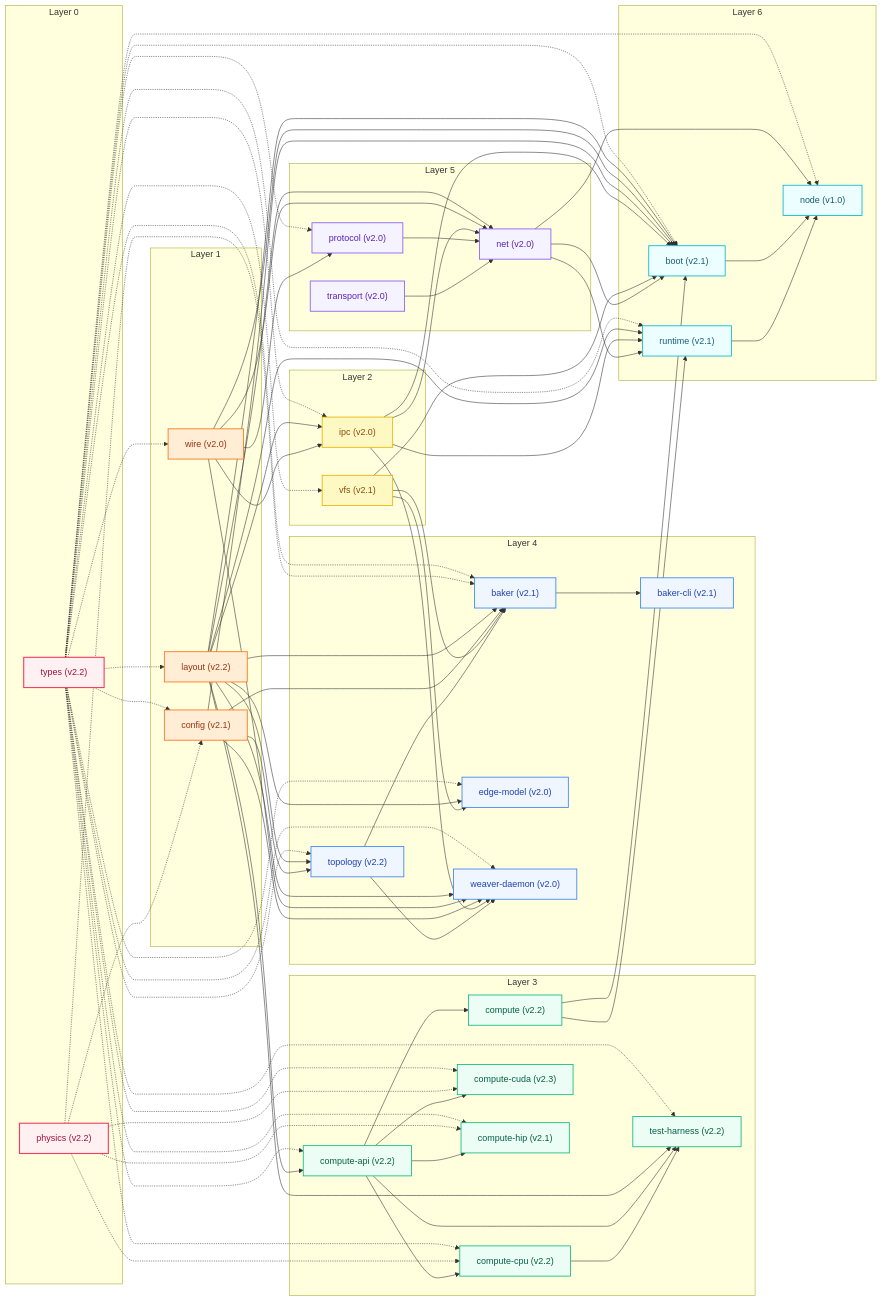
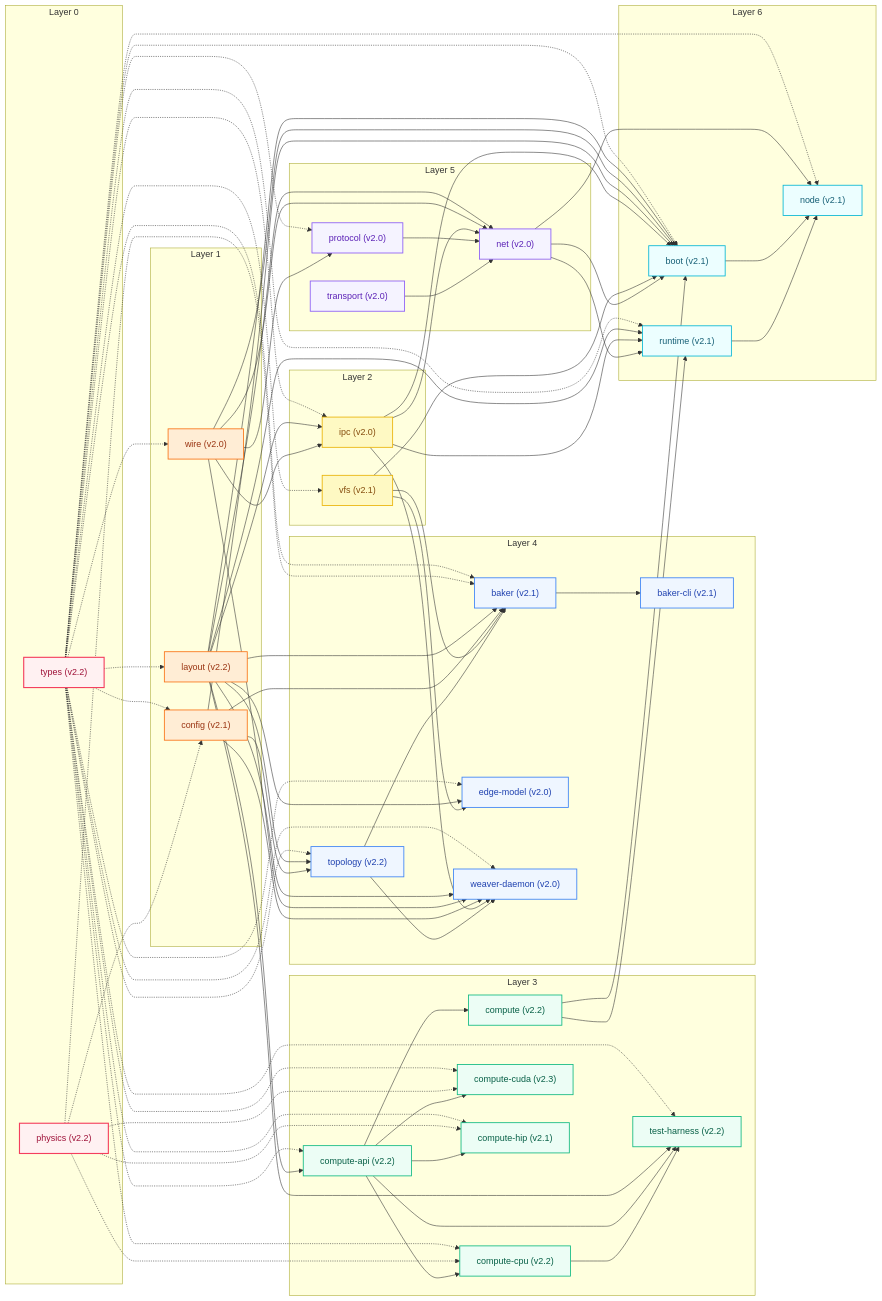
One commit to H4V1K-dev/axicor_enterprise changed the diagram in docs/engine/INDEX.md. Above: the diagram before and after it, drawn with Mermaid. The commit also changed other lines of this file and 2 other files, not shown here.

Commit message:
docs: add engine documentation for index, review, and node specification

````diff
--- a/docs/engine/INDEX.md
+++ b/docs/engine/INDEX.md
@@ -9,80 +9,80 @@
 ```mermaid
 graph LR
     %% Стильные современные цвета для слоев
     classDef layer0 fill:#fff1f2,stroke:#f43f5e,stroke-width:2px,color:#9f1239;
     classDef layer1 fill:#ffedd5,stroke:#f97316,stroke-width:1.5px,color:#9a3412;
     classDef layer2 fill:#fef9c3,stroke:#eab308,stroke-width:1.5px,color:#854d0e;
     classDef layer3 fill:#ecfdf5,stroke:#10b981,stroke-width:1.5px,color:#065f46;
     classDef layer4 fill:#eff6ff,stroke:#3b82f6,stroke-width:1.5px,color:#1e40af;
     classDef layer5 fill:#f5f3ff,stroke:#8b5cf6,stroke-width:1.5px,color:#5b21b6;
     classDef layer6 fill:#ecfeff,stroke:#06b6d4,stroke-width:1.5px,color:#155e75;
 
     subgraph L0["Layer 0"]
         types["types (v2.2)"]
         physics["physics (v2.2)"]
     end
     subgraph L1["Layer 1"]
         layout["layout (v2.2)"]
         config["config (v2.1)"]
         wire["wire (v2.0)"]
     end
     subgraph L2["Layer 2"]
         ipc["ipc (v2.0)"]
         vfs["vfs (v2.1)"]
     end
     subgraph L3["Layer 3"]
         compute_api["compute-api (v2.2)"]
         compute["compute (v2.2)"]
         compute_cpu["compute-cpu (v2.2)"]
         compute_cuda["compute-cuda (v2.3)"]
         compute_hip["compute-hip (v2.1)"]
         test_harness["test-harness (v2.2)"]
     end
     subgraph L4["Layer 4"]
         topology["topology (v2.2)"]
         baker["baker (v2.1)"]
         baker_cli["baker-cli (v2.1)"]
         edge_model["edge-model (v2.0)"]
         weaver_daemon["weaver-daemon (v2.0)"]
     end
     subgraph L5["Layer 5"]
         protocol["protocol (v2.0)"]
         transport["transport (v2.0)"]
         net["net (v2.0)"]
     end
     subgraph L6["Layer 6"]
         boot["boot (v2.1)"]
         runtime["runtime (v2.1)"]
-        node["node (v1.0)"]
+        node["node (v2.1)"]
     end
 
     %% Применение стилей к нодам по слоям
     class types,physics layer0;
     class layout,config,wire layer1;
     class ipc,vfs layer2;
     class compute_api,compute,compute_cpu,compute_cuda,compute_hip,test_harness layer3;
     class topology,baker,baker_cli,edge_model,weaver_daemon layer4;
     class protocol,transport,net layer5;
     class boot,runtime,node layer6;
 
     %% Пунктирные легкие связи для глобального Слой 0 (убираем кашу)
     types -.-> layout & config & wire & ipc & vfs & compute_api & compute_cpu & compute_cuda & compute_hip & test_harness & topology & baker & edge_model & weaver_daemon & protocol & boot & runtime & node
     physics -.-> config & compute_cpu & compute_cuda & compute_hip & baker
 
     %% Основные структурные связи (сплошные)
     layout --> ipc & compute_api & test_harness & topology & baker & edge_model & weaver_daemon & net & boot & runtime
     wire --> ipc & protocol & net & weaver_daemon & boot
     config --> topology & baker & weaver_daemon & boot
     ipc --> weaver_daemon & net & boot & runtime
     vfs --> baker & edge_model & boot
     topology --> baker & weaver_daemon
     baker --> baker_cli
     compute_api --> compute & compute_cpu & compute_cuda & compute_hip & test_harness
     compute_cpu --> test_harness
     compute --> boot & runtime
     protocol --> net
     transport --> net
     net --> boot & runtime & node
     boot --> node
     runtime --> node
 ```
````
